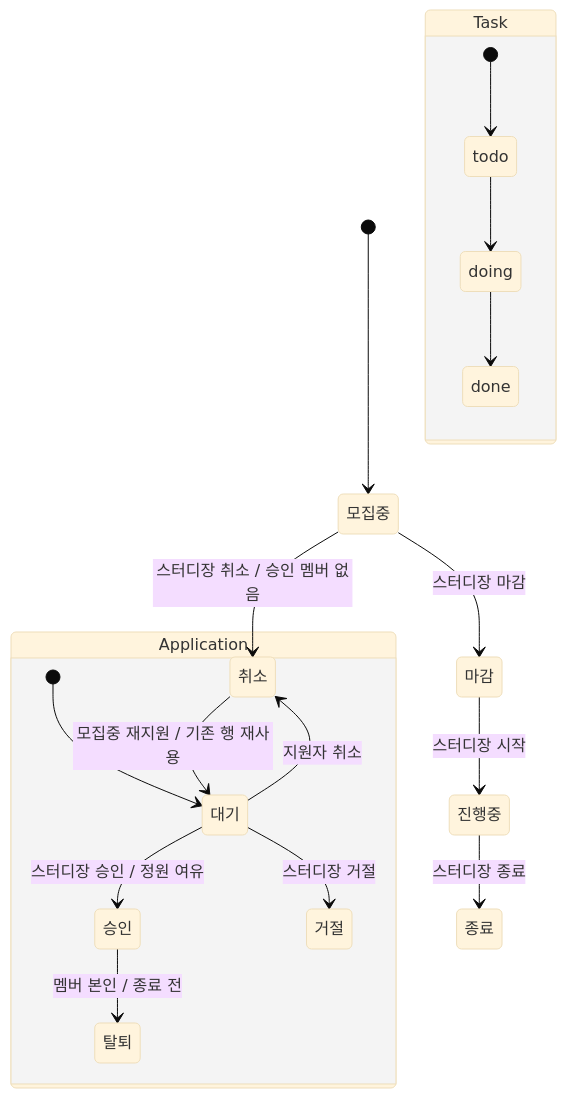
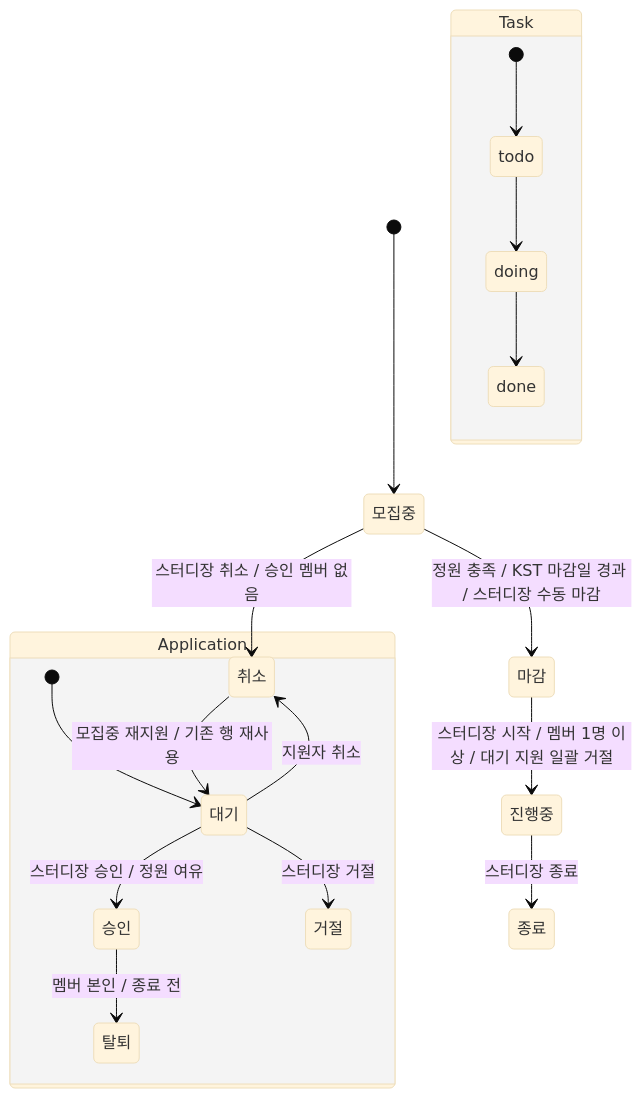
One commit to skfls0721/study-recruitment-management changed the first of 2 diagrams in docs/design.md. Above: the diagram before and after it, drawn with Mermaid (base theme). The commit also changed other lines of this file and 6 other files, not shown here.

````diff
--- a/docs/design.md
+++ b/docs/design.md
@@ -9,21 +9,21 @@
 ```mermaid
 stateDiagram-v2
   [*] --> 모집중
-  모집중 --> 마감: 스터디장 마감
+  모집중 --> 마감: 정원 충족 / KST 마감일 경과 / 스터디장 수동 마감
   모집중 --> 취소: 스터디장 취소 / 승인 멤버 없음
-  마감 --> 진행중: 스터디장 시작
+  마감 --> 진행중: 스터디장 시작 / 멤버 1명 이상 / 대기 지원 일괄 거절
   진행중 --> 종료: 스터디장 종료
   state Application {
     [*] --> 대기
     대기 --> 승인: 스터디장 승인 / 정원 여유
     대기 --> 거절: 스터디장 거절
     대기 --> 취소: 지원자 취소
     취소 --> 대기: 모집중 재지원 / 기존 행 재사용
     승인 --> 탈퇴: 멤버 본인 / 종료 전
   }
   state Task {
     [*] --> todo
     todo --> doing
     doing --> done
   }
 ```
````
